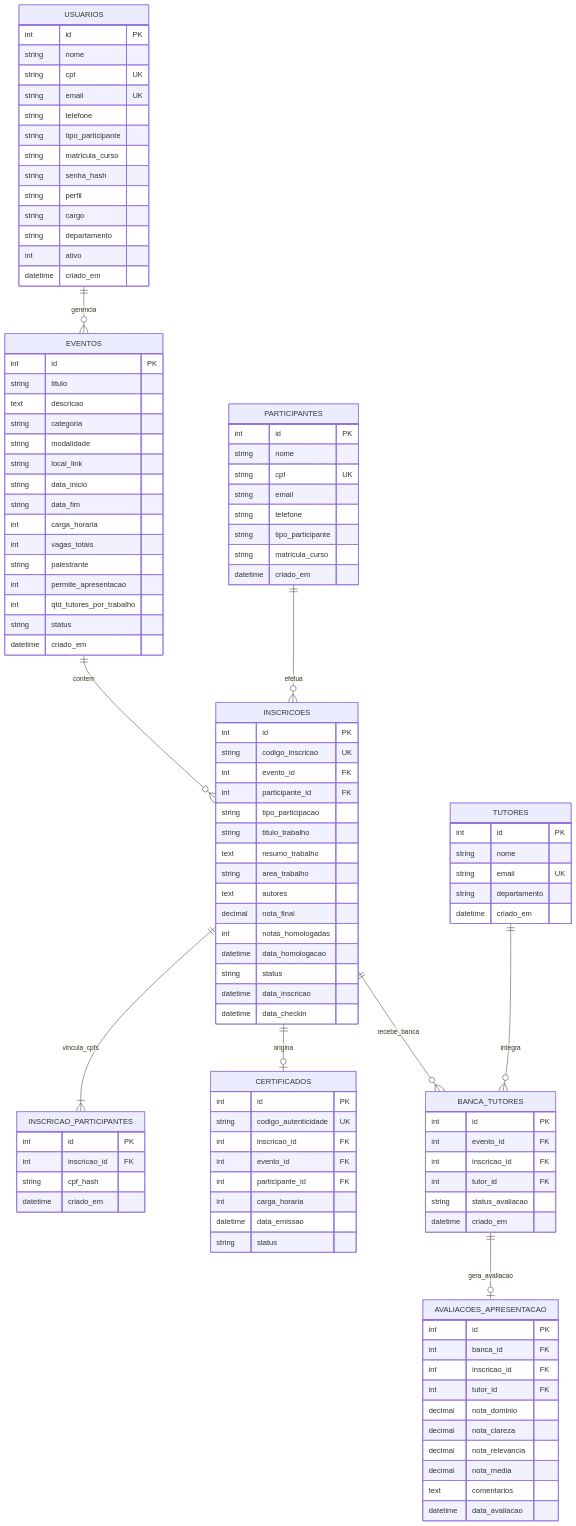
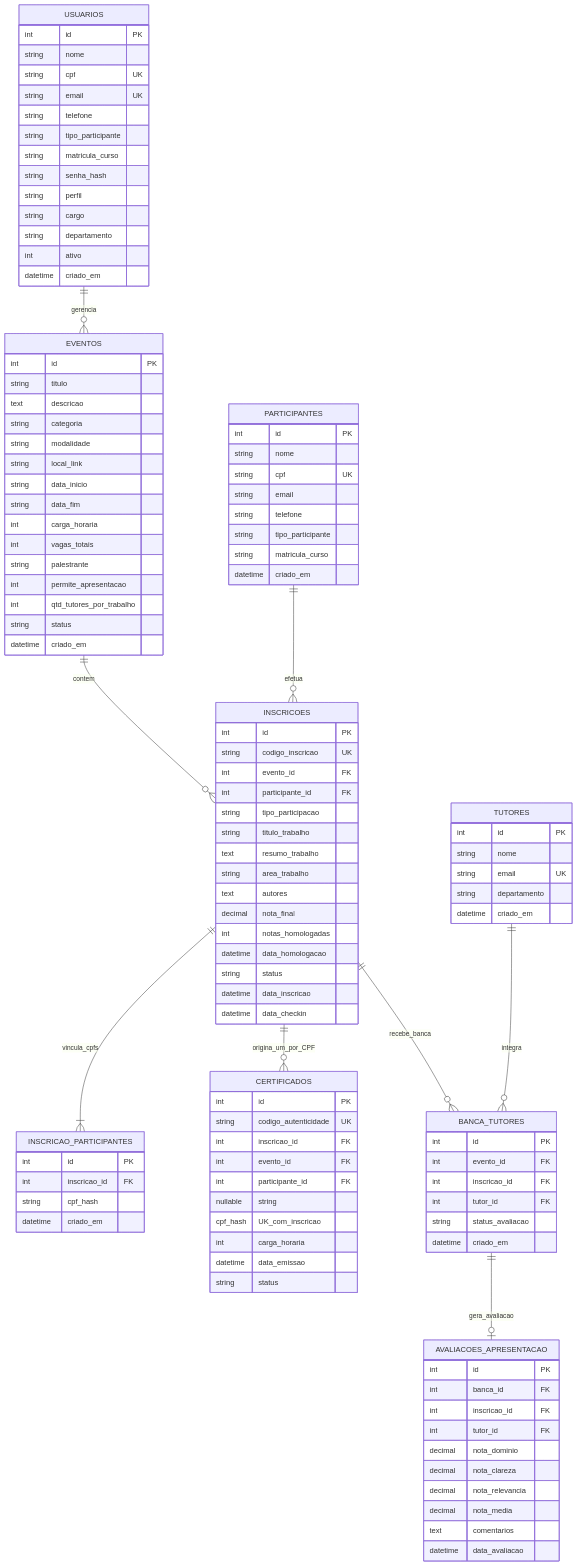
Before and after one commit to eduardomotoboy/Eventos: the second of 2 diagrams in documentos/entidades/README.md, drawn with Mermaid. The commit also changed other lines of this file and 9 other files, not shown here.

```diff
--- a/documentos/entidades/README.md
+++ b/documentos/entidades/README.md
@@ -149,7 +150,7 @@
     EVENTOS ||--o{ INSCRICOES : "contem"
     PARTICIPANTES ||--o{ INSCRICOES : "efetua"
     INSCRICOES ||--|{ INSCRICAO_PARTICIPANTES : "vincula_cpfs"
-    INSCRICOES ||--o| CERTIFICADOS : "origina"
+    INSCRICOES ||--o{ CERTIFICADOS : "origina_um_por_CPF"
     INSCRICOES ||--o{ BANCA_TUTORES : "recebe_banca"
     TUTORES ||--o{ BANCA_TUTORES : "integra"
     BANCA_TUTORES ||--o| AVALIACOES_APRESENTACAO : "gera_avaliacao"
@@ -259,7 +260,8 @@
         string codigo_autenticidade UK
         int inscricao_id FK
         int evento_id FK
-        int participante_id FK
+        int participante_id FK nullable
+        string cpf_hash UK_com_inscricao
         int carga_horaria
         datetime data_emissao
         string status
```
